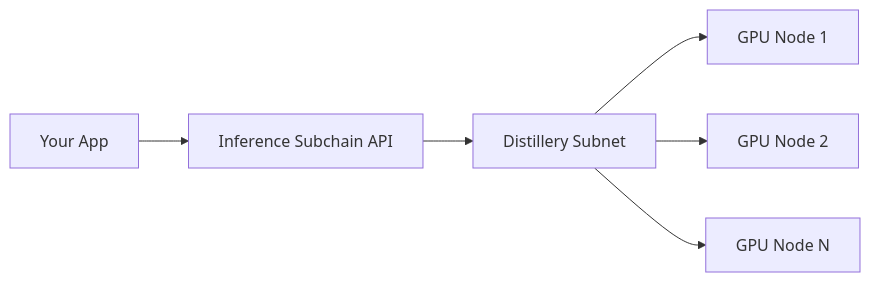
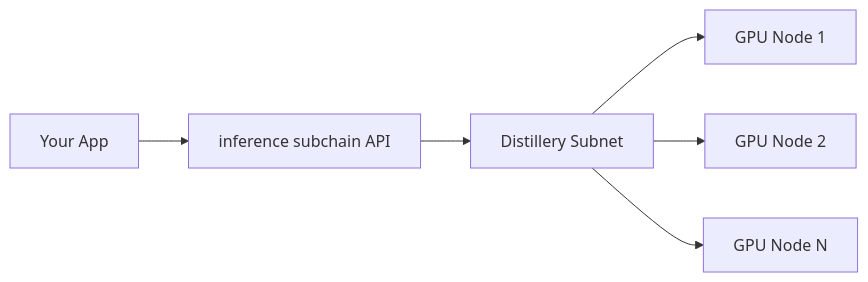
Before and after one commit to gintonicai/documentation: the diagram in mvp/inference-subchain-guide/core-concepts.md, drawn with Mermaid. The commit also changed other lines of this file and 9 other files, not shown here.

````diff
--- a/mvp/inference-subchain-guide/core-concepts.md
+++ b/mvp/inference-subchain-guide/core-concepts.md
@@ -18,8 +18,8 @@
 ```mermaid
 graph LR
-    A[Your App] --> B[Inference Subchain API]
+    A[Your App] --> B[inference subchain API]
     B --> C[Distillery Subnet]
     C --> D[GPU Node 1]
     C --> E[GPU Node 2]
     C --> F[GPU Node N]
 ```
````
